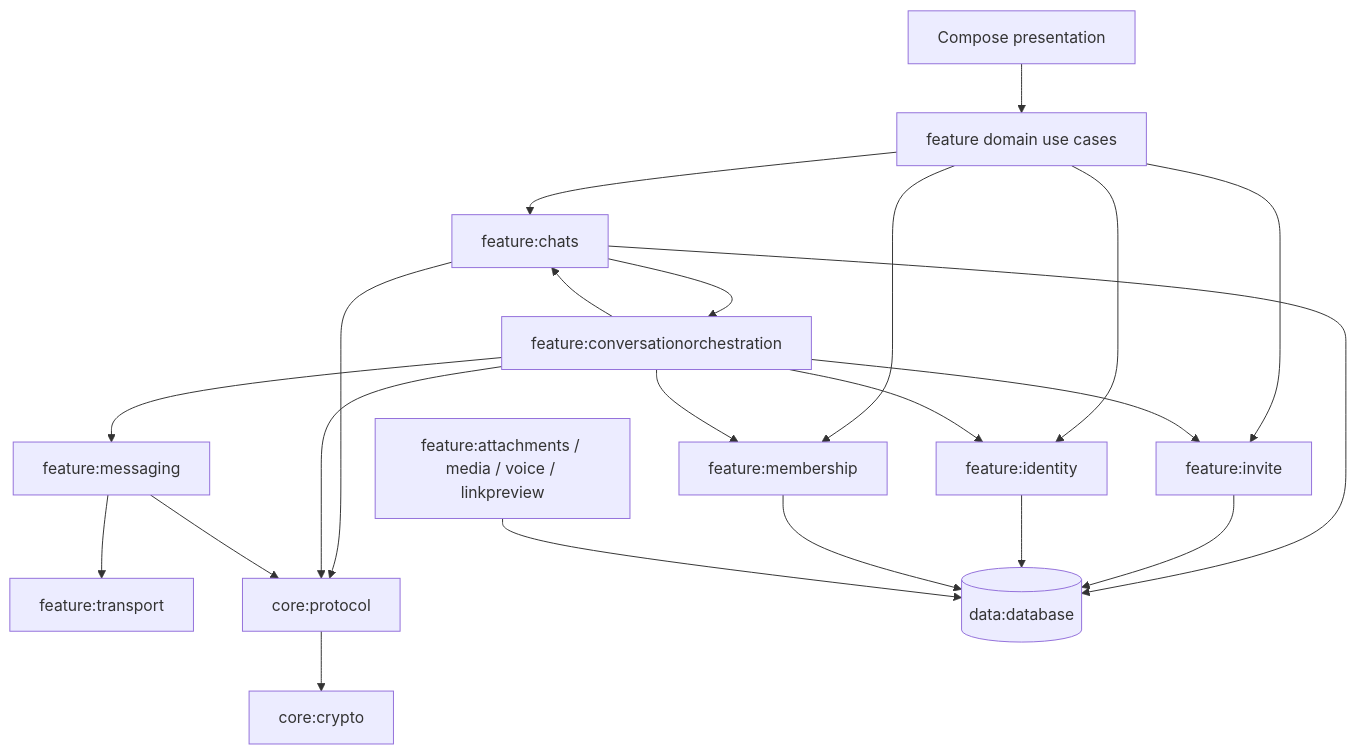
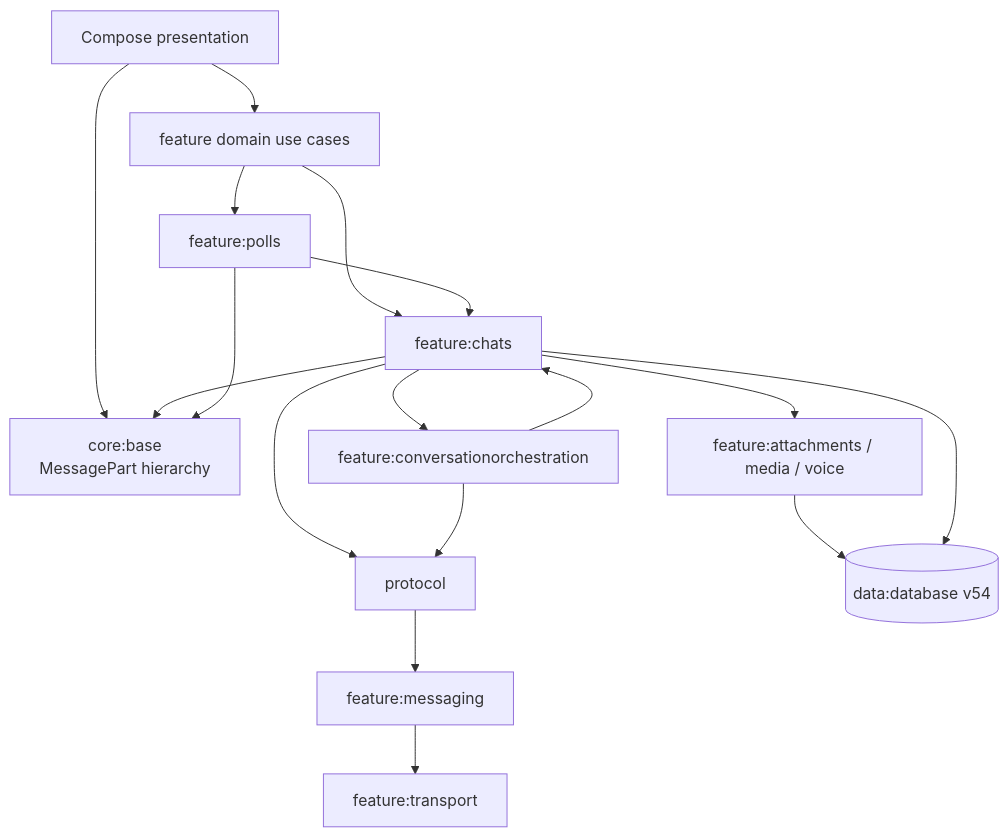
The first of 2 diagrams in docs/architecture/overview.md (cbgm/Sparrow), drawn with Mermaid before and after one commit. The commit also changed other lines of this file and 92 other files, not shown here.

````diff
--- a/docs/architecture/overview.md
+++ b/docs/architecture/overview.md
@@ -7,38 +7,32 @@
 ```mermaid
 flowchart TD
     UI[Compose presentation]
+    BASE[core:base
+MessagePart hierarchy]
     UC[feature domain use cases]
     ORCH[feature:conversationorchestration]
-    INV[feature:invite]
-    ID[feature:identity]
-    MEM[feature:membership]
     CHAT[feature:chats]
-    ATT[feature:attachments / media / voice / linkpreview]
+    POLL[feature:polls]
+    ATT[feature:attachments / media / voice]
     MSG[feature:messaging]
     TR[feature:transport]
-    PROTO[core:protocol]
-    CRYPTO[core:crypto]
-    DB[(data:database)]
+    PROTO[protocol]
+    DB[(data:database v54)]
 
     UI --> UC
+    UI --> BASE
     UC --> CHAT
-    UC --> INV
-    UC --> ID
-    UC --> MEM
+    UC --> POLL
+    CHAT --> BASE
+    POLL --> BASE
     CHAT --> ORCH
     ORCH --> CHAT
-    ORCH --> INV
-    ORCH --> ID
-    ORCH --> MEM
-    ORCH --> MSG
-    MSG --> TR
+    CHAT --> ATT
+    ATT --> DB
+    CHAT --> DB
+    POLL --> CHAT
     CHAT --> PROTO
     ORCH --> PROTO
-    MSG --> PROTO
-    CHAT --> DB
-    INV --> DB
-    ID --> DB
-    MEM --> DB
-    ATT --> DB
-    PROTO --> CRYPTO
+    PROTO --> MSG
+    MSG --> TR
 ```
````
